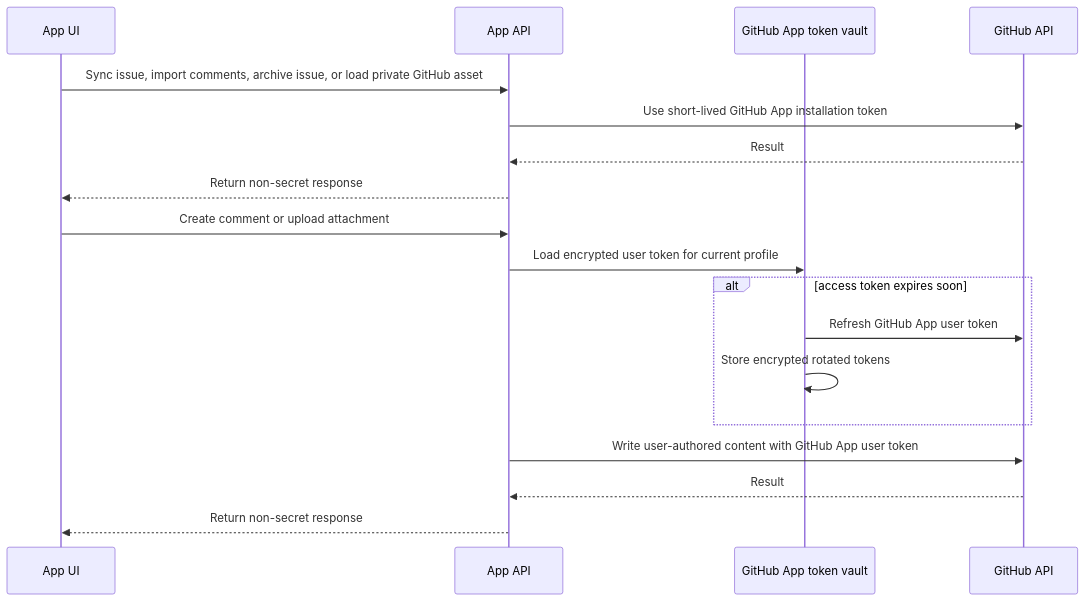
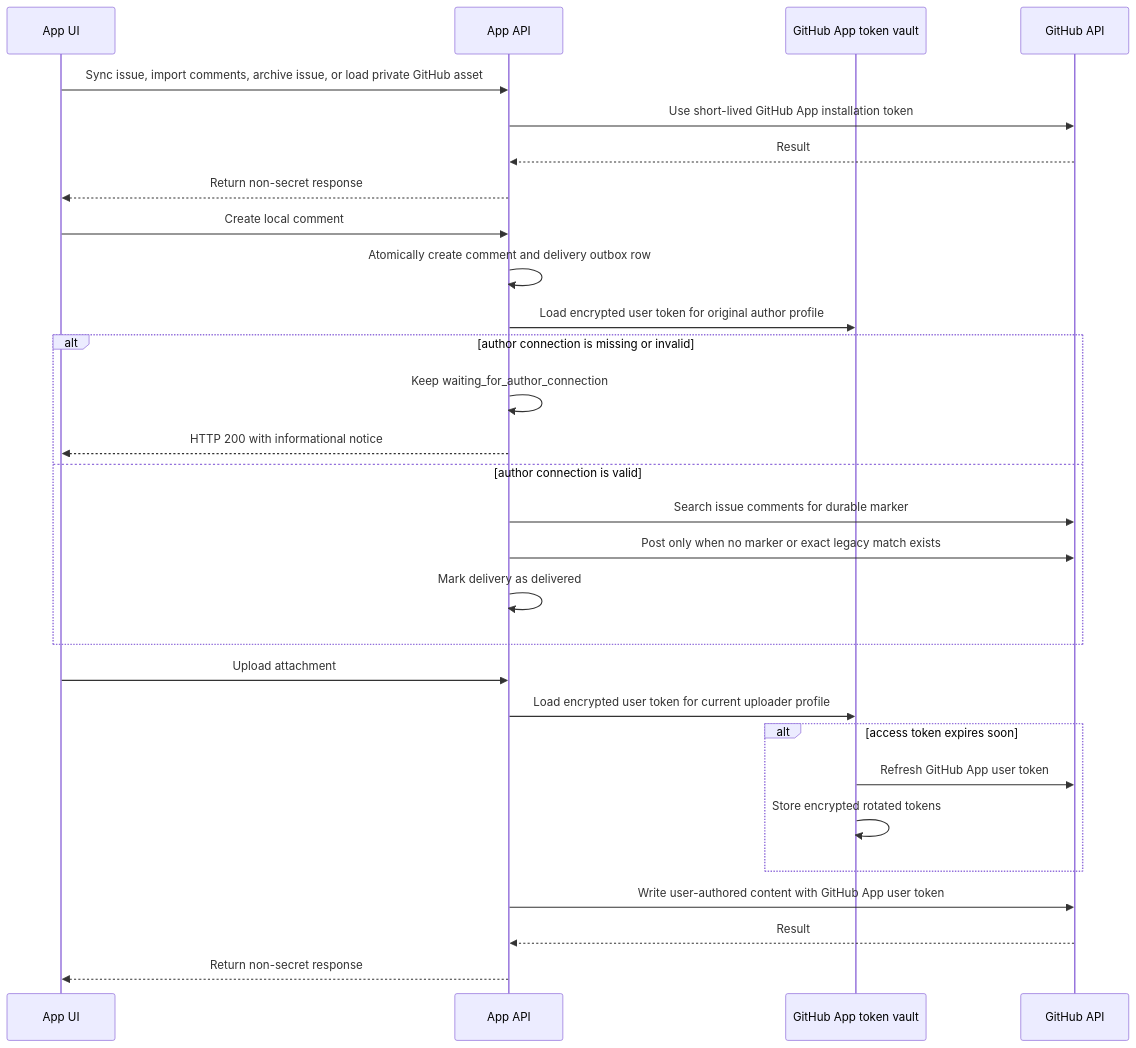
One commit to findmydoc-platform/founder-scoreboard-v2 changed the fifth of 5 diagrams in docs/auth-flow.md. Above: the diagram before and after it, drawn with Mermaid. The commit also changed other lines of this file and 102 other files, not shown here.

First line of the commit message:
feat: decouple GitHub issue sync from comment delivery

````diff
--- a/docs/auth-flow.md
+++ b/docs/auth-flow.md
@@ -102,22 +105,34 @@
 ```mermaid
 sequenceDiagram
   participant UI as App UI
   participant API as App API
   participant VAULT as GitHub App token vault
   participant GH as GitHub API
 
   UI->>API: Sync issue, import comments, archive issue, or load private GitHub asset
   API->>GH: Use short-lived GitHub App installation token
   GH-->>API: Result
   API-->>UI: Return non-secret response
 
-  UI->>API: Create comment or upload attachment
-  API->>VAULT: Load encrypted user token for current profile
+  UI->>API: Create local comment
+  API->>API: Atomically create comment and delivery outbox row
+  API->>VAULT: Load encrypted user token for original author profile
+  alt author connection is missing or invalid
+    API->>API: Keep waiting_for_author_connection
+    API-->>UI: HTTP 200 with informational notice
+  else author connection is valid
+    API->>GH: Search issue comments for durable marker
+    API->>GH: Post only when no marker or exact legacy match exists
+    API->>API: Mark delivery as delivered
+  end
+
+  UI->>API: Upload attachment
+  API->>VAULT: Load encrypted user token for current uploader profile
   alt access token expires soon
     VAULT->>GH: Refresh GitHub App user token
     VAULT->>VAULT: Store encrypted rotated tokens
   end
   API->>GH: Write user-authored content with GitHub App user token
   GH-->>API: Result
   API-->>UI: Return non-secret response
 ```
````
